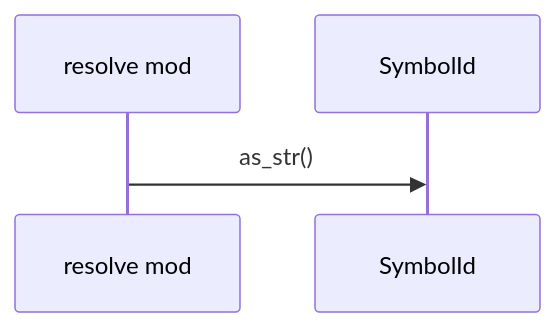
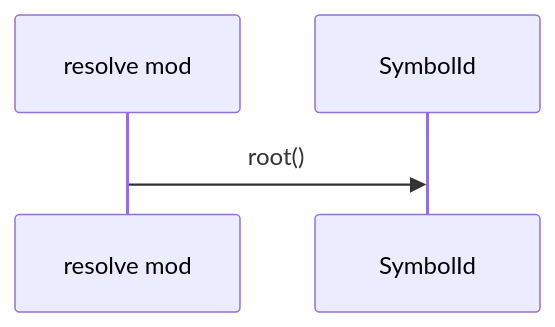
Before and after one commit to DreamLab-AI/codemaid: the seventh of 22 diagrams in docs/sealmap/crates/sealmap-rust/src/resolve.rs.md, drawn with Mermaid. The commit also changed other lines of this file and 45 other files, not shown here.

First line of the commit message:
docs: regenerate the self-corpus for sym: ids and schema v2

````diff
--- a/docs/sealmap/crates/sealmap-rust/src/resolve.rs.md
+++ b/docs/sealmap/crates/sealmap-rust/src/resolve.rs.md
@@ -233,6 +301,6 @@
 ```mermaid
 sequenceDiagram
   participant sealmap_rust__resolve as resolve mod
-  participant sealmap_model__symbol__SymbolId as SymbolId
-  sealmap_rust__resolve->>sealmap_model__symbol__SymbolId: as_str()
+  participant sealmap_model__sym___tSymbolId as SymbolId
+  sealmap_rust__resolve->>sealmap_model__sym___tSymbolId: root()
 ```
````
